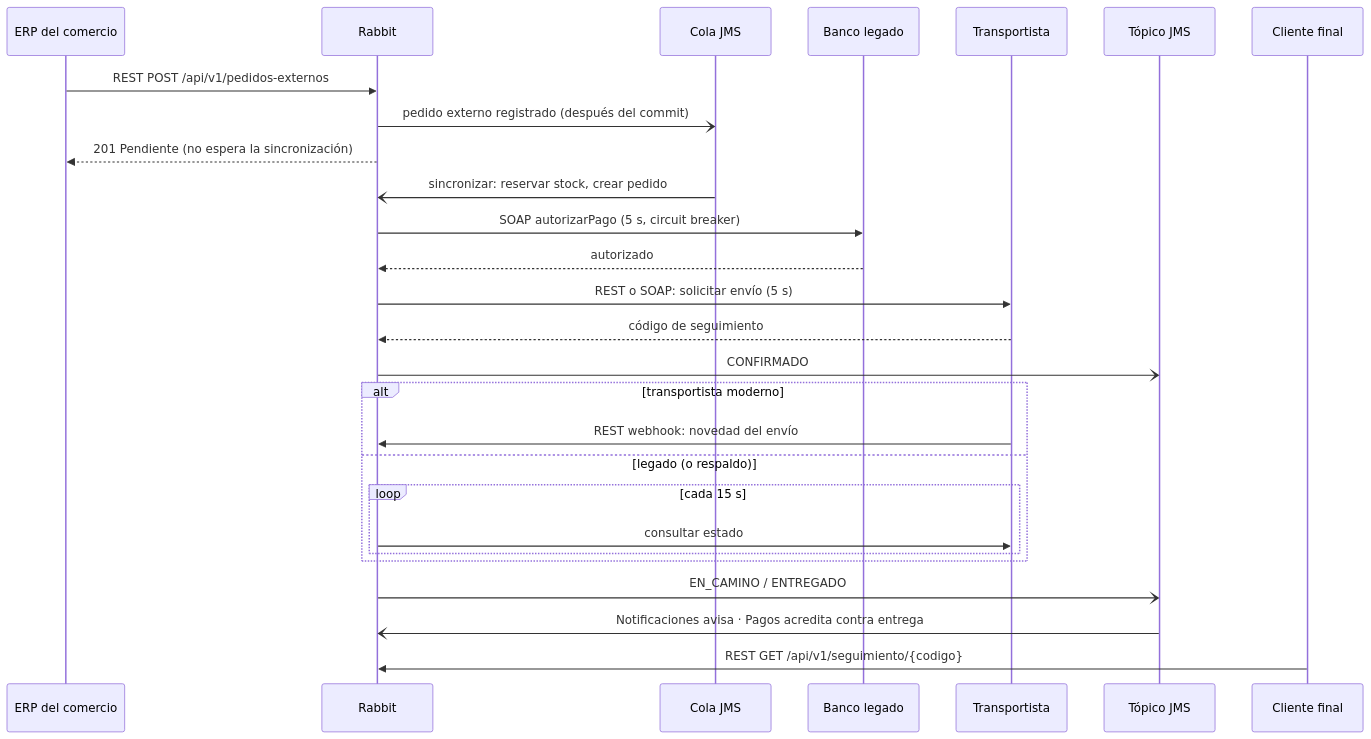
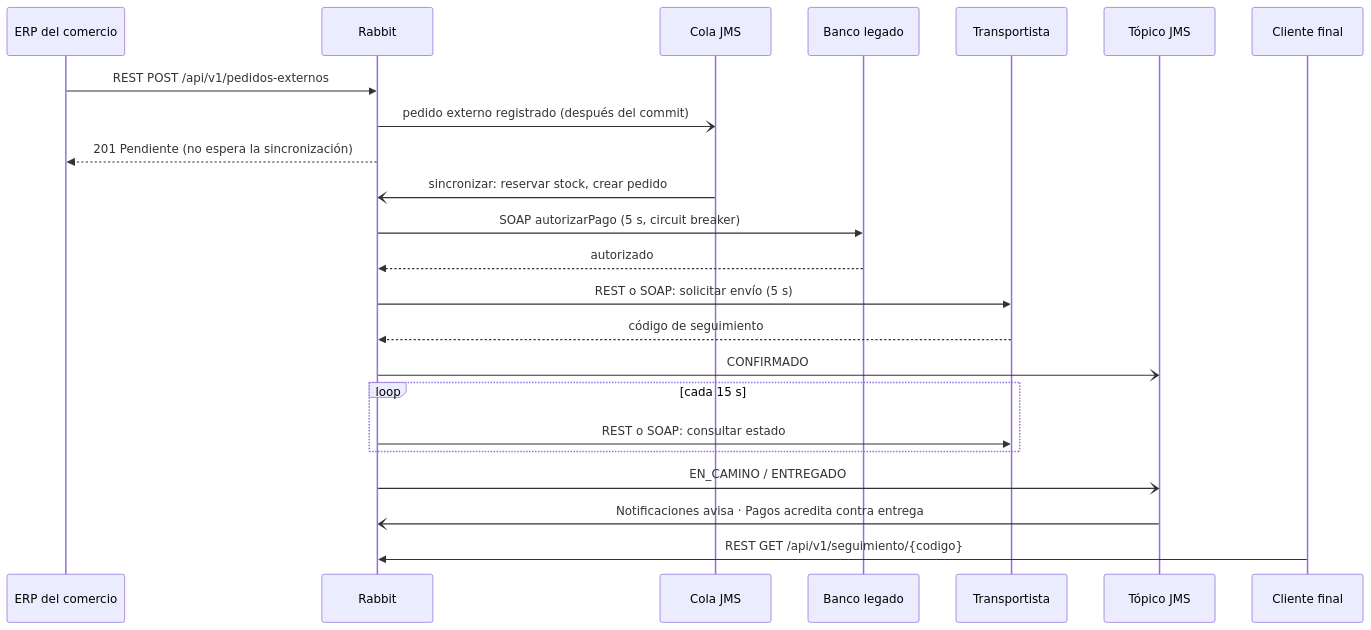
One commit to feliforte14/Rabbit changed the second of 2 diagrams in docs/integraciones/MensajeriaFinal.md. Above: the diagram before and after it, drawn with Mermaid. The commit also changed other lines of this file and 24 other files, not shown here.

````diff
--- a/docs/integraciones/MensajeriaFinal.md
+++ b/docs/integraciones/MensajeriaFinal.md
@@ -323,29 +319,25 @@
 ```mermaid
 sequenceDiagram
     participant ERP as ERP del comercio
     participant R as Rabbit
     participant Q as Cola JMS
     participant B as Banco legado
     participant T as Transportista
     participant TP as Tópico JMS
     participant C as Cliente final
     ERP->>R: REST POST /api/v1/pedidos-externos
     R-)Q: pedido externo registrado (después del commit)
     R-->>ERP: 201 Pendiente (no espera la sincronización)
     Q-)R: sincronizar: reservar stock, crear pedido
     R->>B: SOAP autorizarPago (5 s, circuit breaker)
     B-->>R: autorizado
     R->>T: REST o SOAP: solicitar envío (5 s)
     T-->>R: código de seguimiento
     R-)TP: CONFIRMADO
-    alt transportista moderno
-        T->>R: REST webhook: novedad del envío
-    else legado (o respaldo)
-        loop cada 15 s
-            R->>T: consultar estado
-        end
+    loop cada 15 s
+        R->>T: REST o SOAP: consultar estado
     end
     R-)TP: EN_CAMINO / ENTREGADO
     TP-)R: Notificaciones avisa · Pagos acredita contra entrega
     C->>R: REST GET /api/v1/seguimiento/{codigo}
 ```
````
